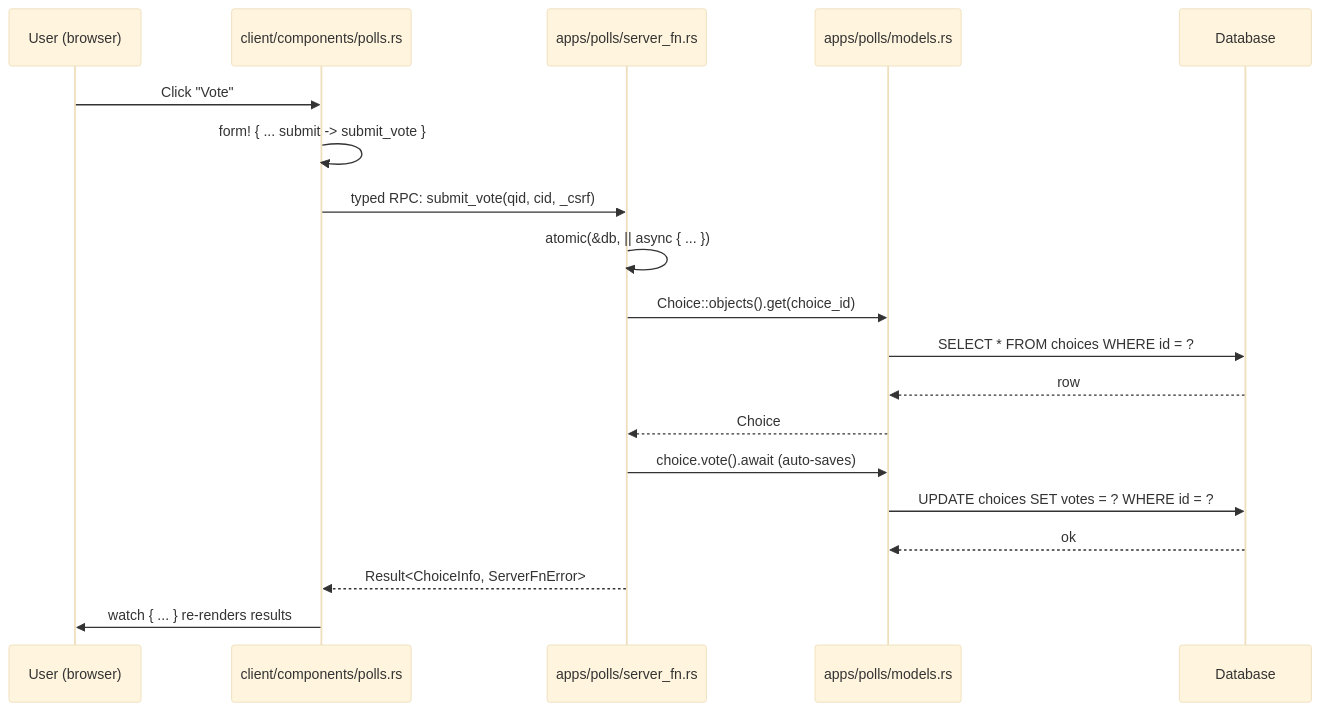
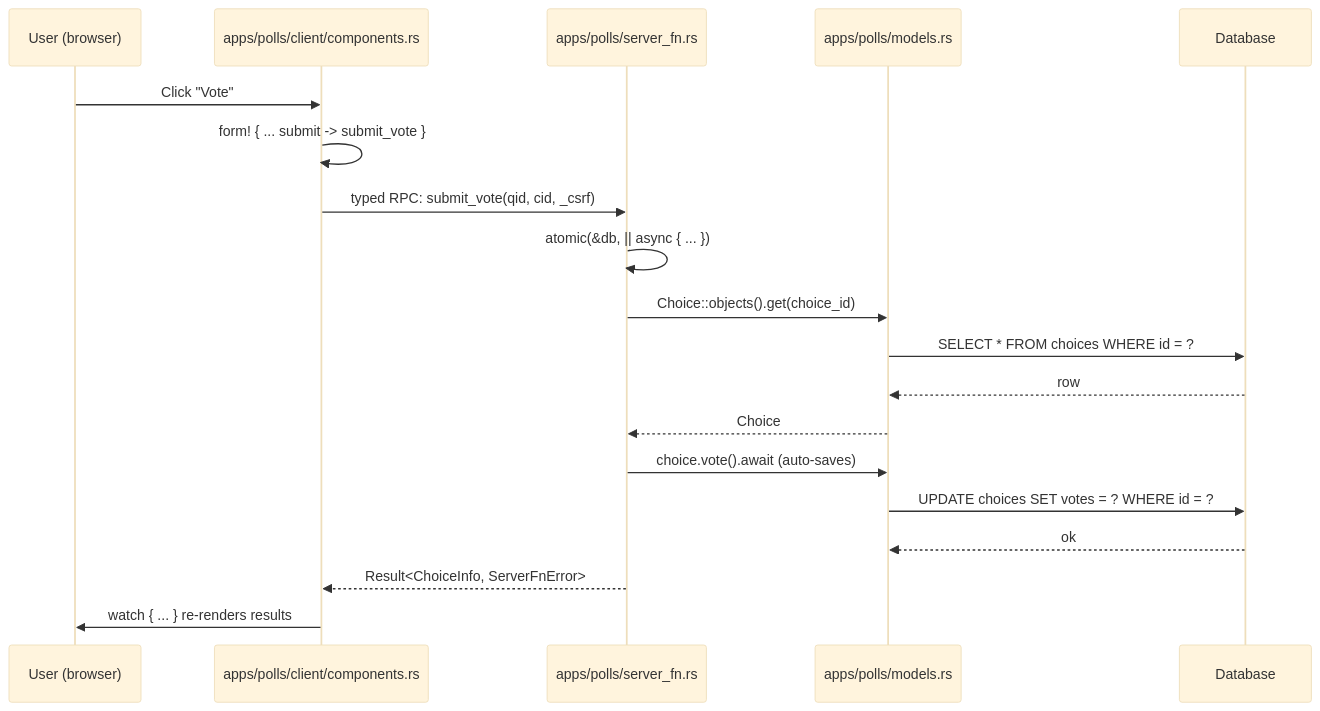
One commit to kent8192/reinhardt-web changed the diagram in website/content/quickstart/tutorials/basis/3-views-and-urls.md. Above: the diagram before and after it, drawn with Mermaid (base theme). The commit also changed other lines of this file and 8 other files, not shown here.

````diff
--- a/website/content/quickstart/tutorials/basis/3-views-and-urls.md
+++ b/website/content/quickstart/tutorials/basis/3-views-and-urls.md
@@ -149,22 +149,22 @@
 ```mermaid
 sequenceDiagram
     participant U as User (browser)
-    participant C as client/components/polls.rs
+    participant C as apps/polls/client/components.rs
     participant S as apps/polls/server_fn.rs
     participant M as apps/polls/models.rs
     participant DB as Database
 
     U->>C: Click "Vote"
     C->>C: form! { ... submit -> submit_vote }
     C->>S: typed RPC: submit_vote(qid, cid, _csrf)
     S->>S: atomic(&db, || async { ... })
     S->>M: Choice::objects().get(choice_id)
     M->>DB: SELECT * FROM choices WHERE id = ?
     DB-->>M: row
     M-->>S: Choice
     S->>M: choice.vote().await (auto-saves)
     M->>DB: UPDATE choices SET votes = ? WHERE id = ?
     DB-->>M: ok
     S-->>C: Result<ChoiceInfo, ServerFnError>
     C->>U: watch { ... } re-renders results
 ```
````
